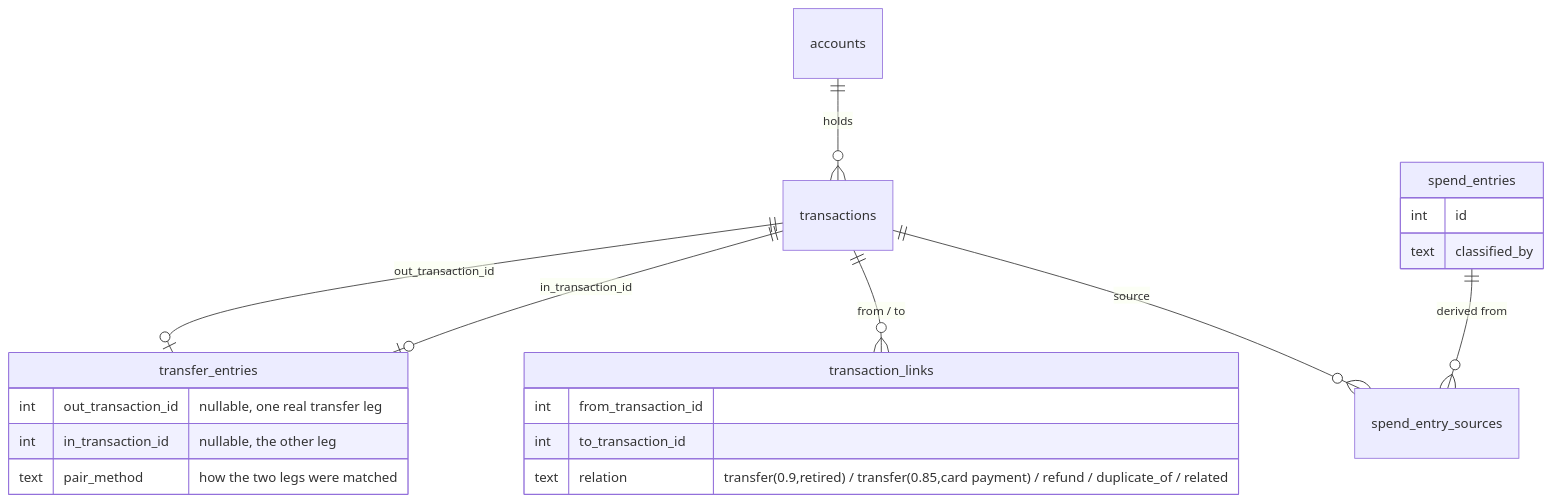
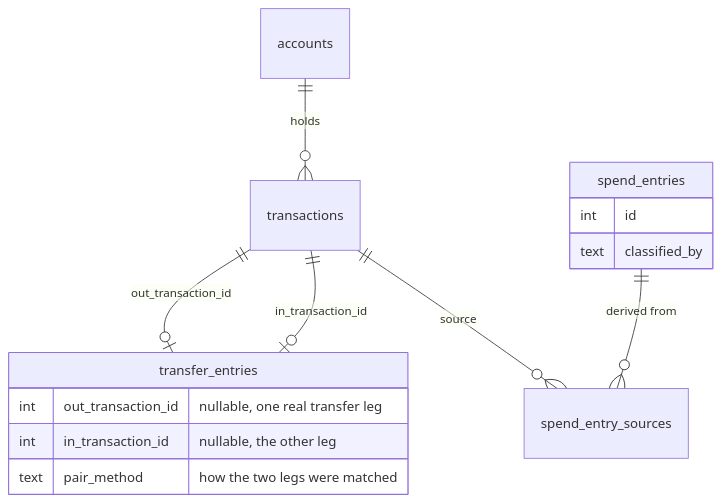
Before and after one commit to ubiqtek/ledgr: the diagram in doc/implementation-notes/transfer-ledger-design.md, drawn with Mermaid. The commit also changed other lines of this file and 4 other files, not shown here.

````diff
--- a/doc/implementation-notes/transfer-ledger-design.md
+++ b/doc/implementation-notes/transfer-ledger-design.md
@@ -61,24 +63,18 @@
 ```mermaid
 erDiagram
     accounts ||--o{ transactions : "holds"
     transactions ||--o| transfer_entries : "out_transaction_id"
     transactions ||--o| transfer_entries : "in_transaction_id"
-    transactions ||--o{ transaction_links : "from / to"
     transactions ||--o{ spend_entry_sources : "source"
     spend_entries ||--o{ spend_entry_sources : "derived from"
 
     transfer_entries {
         int out_transaction_id "nullable, one real transfer leg"
         int in_transaction_id "nullable, the other leg"
         text pair_method "how the two legs were matched"
     }
-    transaction_links {
-        int from_transaction_id
-        int to_transaction_id
-        text relation "transfer(0.9,retired) / transfer(0.85,card payment) / refund / duplicate_of / related"
-    }
     spend_entries {
         int id
         text classified_by
     }
 ```
````
